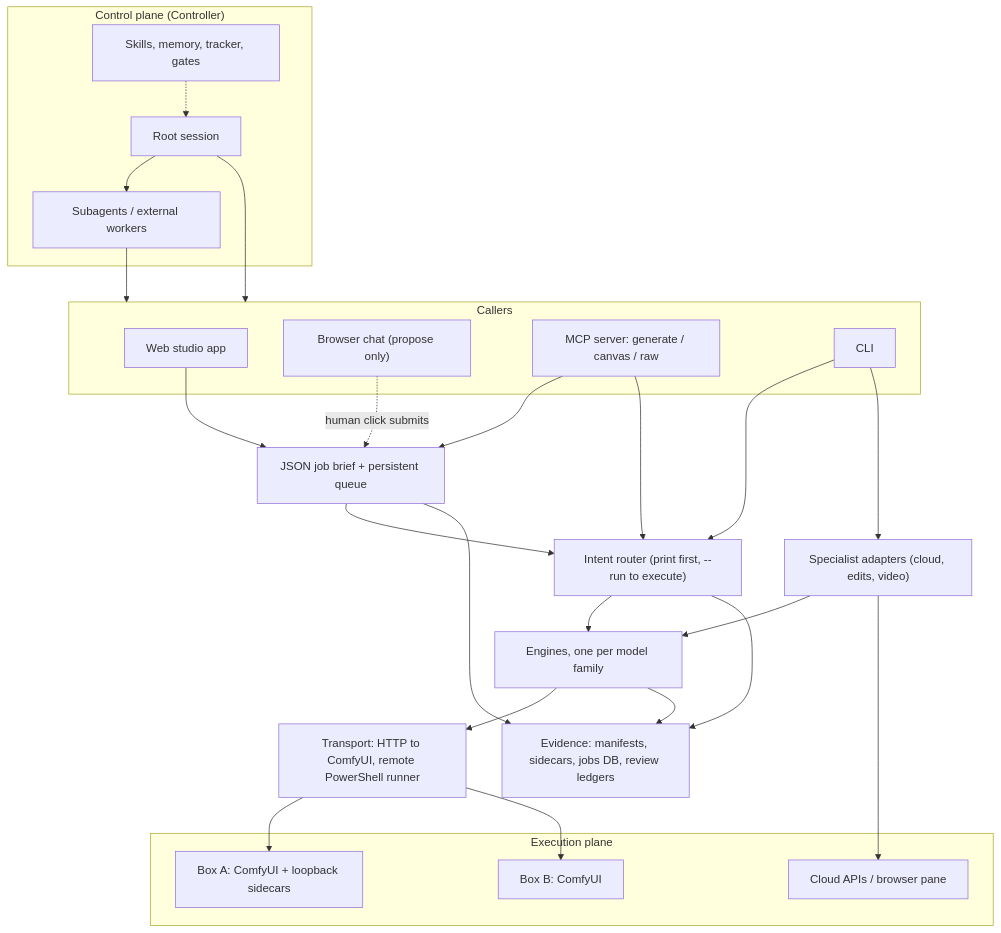
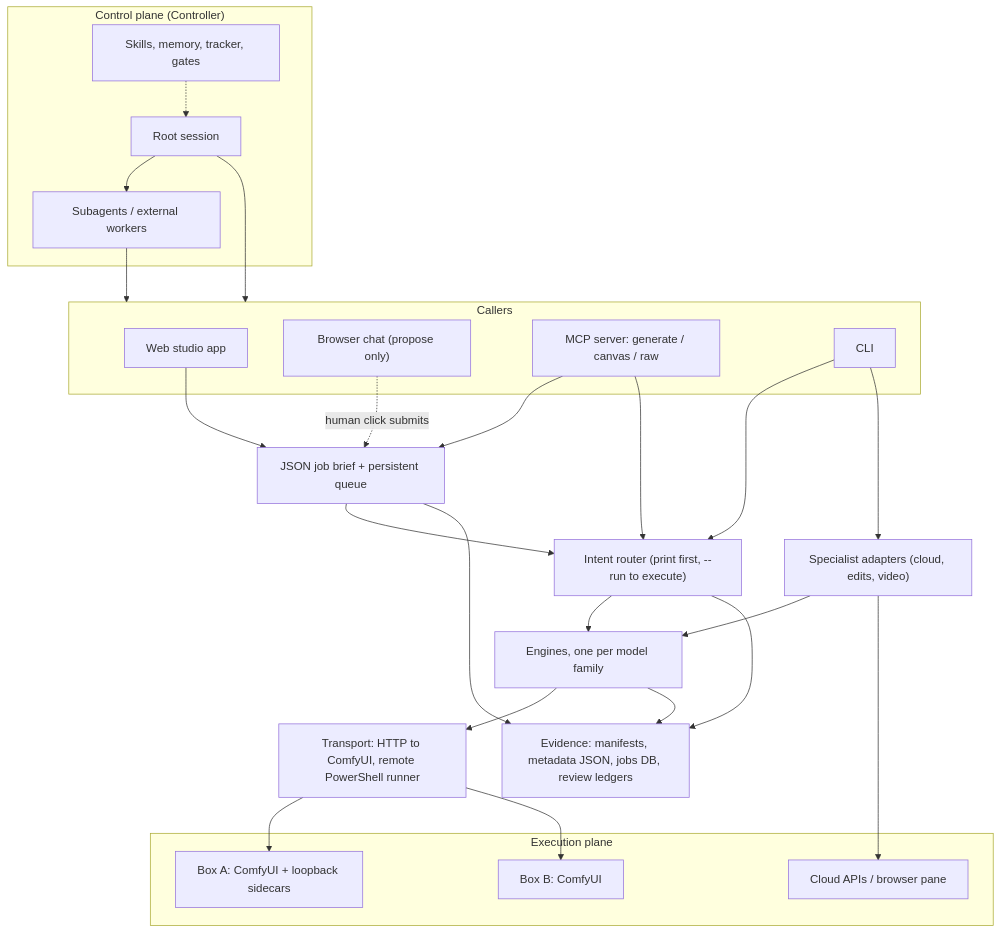
One commit to lepetitprince716-prog/agent-genops changed the diagram in docs/en/01-architecture.md. Above: the diagram before and after it, drawn with Mermaid. The commit also changed other lines of this file and 34 other files, not shown here.

````diff
--- a/docs/en/01-architecture.md
+++ b/docs/en/01-architecture.md
@@ -46,50 +46,50 @@
 ```mermaid
 flowchart TD
     subgraph CP["Control plane (Controller)"]
         Root["Root session"]
         Sub["Subagents / external workers"]
         Skills["Skills, memory, tracker, gates"]
     end
 
     subgraph Callers["Callers"]
         Web["Web studio app"]
         Chat["Browser chat (propose only)"]
         MCP["MCP server: generate / canvas / raw"]
         CLI["CLI"]
     end
 
     Queue["JSON job brief + persistent queue"]
     Router["Intent router (print first, --run to execute)"]
     Spec["Specialist adapters (cloud, edits, video)"]
     Engines["Engines, one per model family"]
     Transport["Transport: HTTP to ComfyUI, remote PowerShell runner"]
 
     subgraph EP["Execution plane"]
         BoxA["Box A: ComfyUI + loopback sidecars"]
         BoxB["Box B: ComfyUI"]
         Cloud["Cloud APIs / browser pane"]
     end
 
-    Evidence["Evidence: manifests, sidecars, jobs DB, review ledgers"]
+    Evidence["Evidence: manifests, metadata JSON, jobs DB, review ledgers"]
 
     Root --> Sub
     Skills -.-> Root
     Root --> Callers
     Sub --> Callers
     Web --> Queue
     Chat -. "human click submits" .-> Queue
     MCP --> Queue
     MCP --> Router
     CLI --> Router
     CLI --> Spec
     Queue --> Router
     Router --> Engines
     Spec --> Engines
     Spec --> Cloud
     Engines --> Transport
     Transport --> BoxA
     Transport --> BoxB
     Router --> Evidence
     Engines --> Evidence
     Queue --> Evidence
 ```
````
